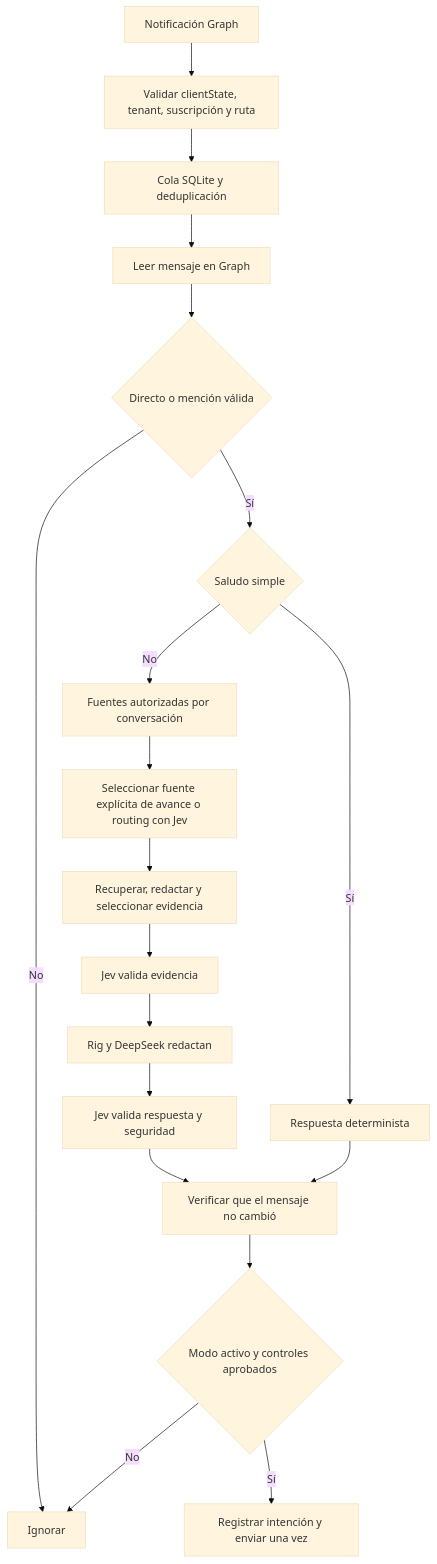
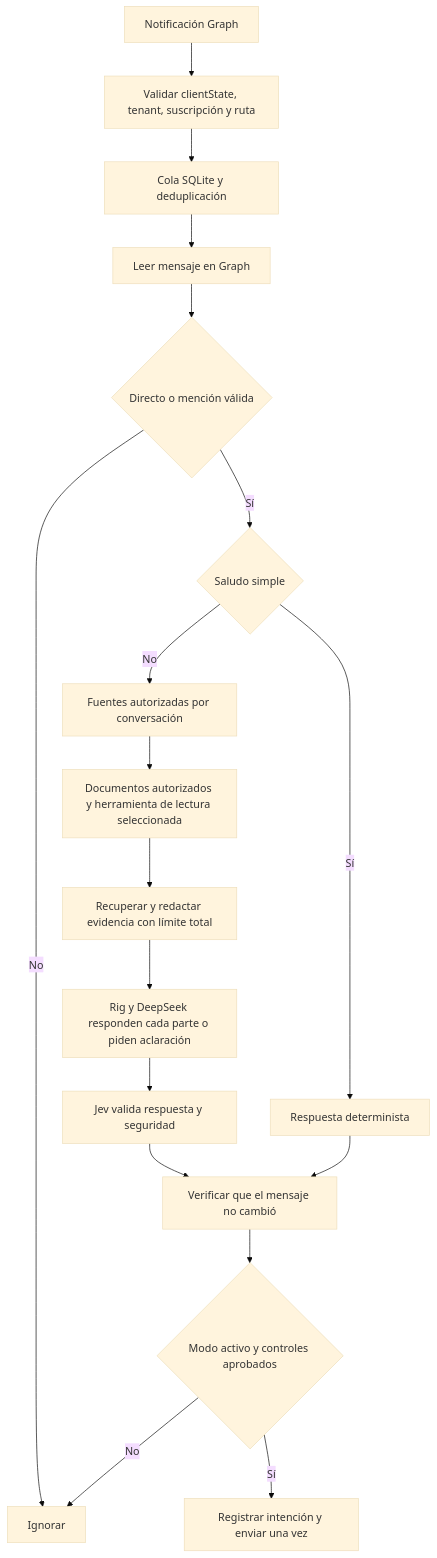
The diagram in README.md (elvisbrevi/personal-teams-assistant), drawn with Mermaid (base theme) before and after one commit. The commit also changed other lines of this file and 57 other files, not shown here.

````diff
--- a/README.md
+++ b/README.md
@@ -55,21 +83,20 @@
 ```mermaid
 flowchart TD
   A[Notificación Graph] --> B[Validar clientState, tenant, suscripción y ruta]
   B --> C[Cola SQLite y deduplicación]
   C --> D[Leer mensaje en Graph]
   D --> E{Directo o mención válida}
   E -->|No| Z[Ignorar]
   E -->|Sí| F{Saludo simple}
   F -->|Sí| G[Respuesta determinista]
   F -->|No| H[Fuentes autorizadas por conversación]
-  H --> I[Seleccionar fuente explícita de avance o routing con Jev]
-  I --> J[Recuperar, redactar y seleccionar evidencia]
-  J --> K[Jev valida evidencia]
-  K --> L[Rig y DeepSeek redactan]
+  H --> I[Documentos autorizados y herramienta de lectura seleccionada]
+  I --> J[Recuperar y redactar evidencia con límite total]
+  J --> L[Rig y DeepSeek responden cada parte o piden aclaración]
   L --> M[Jev valida respuesta y seguridad]
   M --> N[Verificar que el mensaje no cambió]
   G --> N
   N --> O{Modo activo y controles aprobados}
   O -->|Sí| P[Registrar intención y enviar una vez]
   O -->|No| Z
 ```
````
